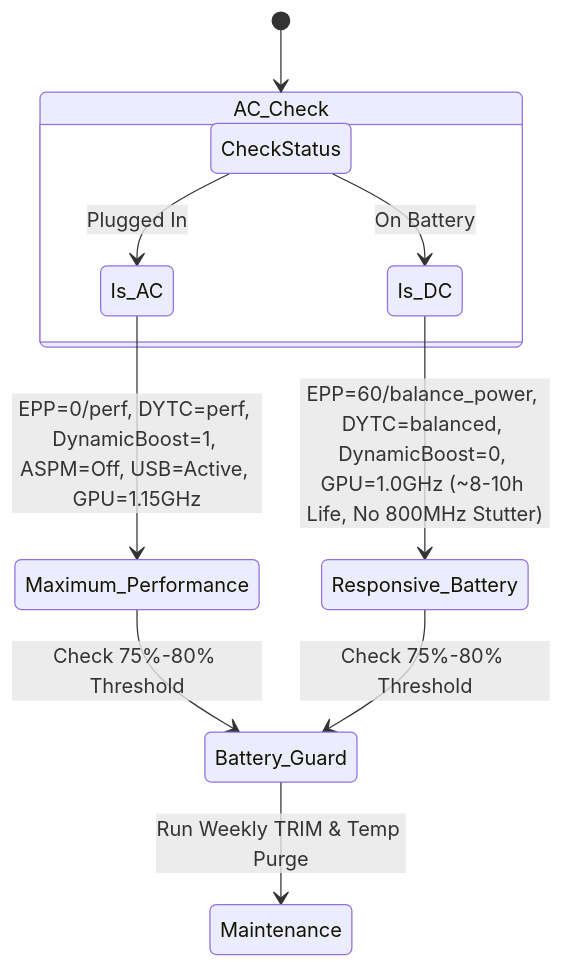
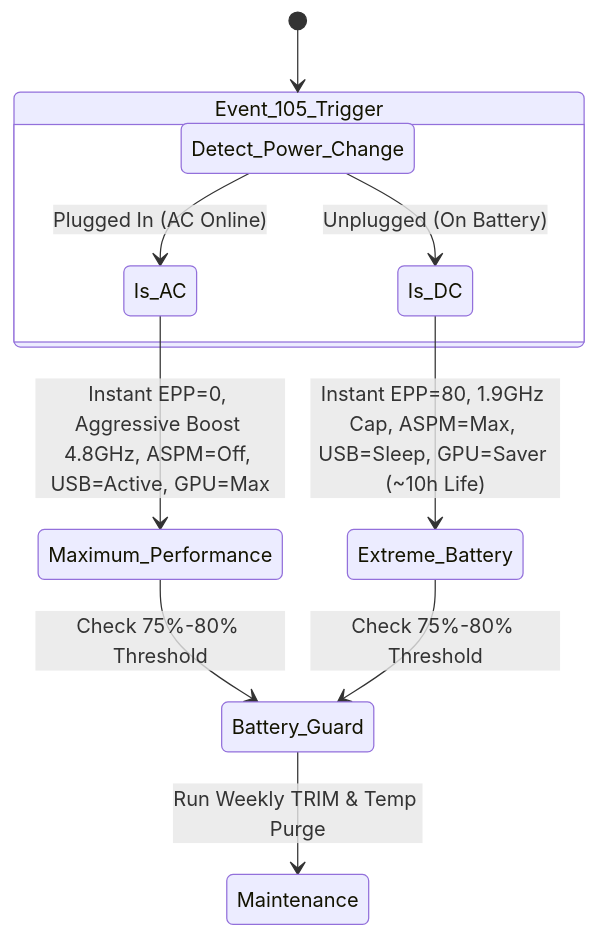
Before and after one commit to ShoumikBalaSomu/Device-Base-Optimization: the second of 2 diagrams in README.md, drawn with Mermaid. The commit also changed other lines of this file, not shown here.

Commit message:
docs: Update central README matrix, flowchart and 21-sector breakdown

````diff
--- a/README.md
+++ b/README.md
@@ -174,14 +156,14 @@
 ```mermaid
 stateDiagram-v2
-    [*] --> AC_Check
-    state AC_Check {
+    [*] --> Event_105_Trigger
+    state Event_105_Trigger {
         direction LR
-        CheckStatus --> Is_AC: Plugged In
-        CheckStatus --> Is_DC: On Battery
+        Detect_Power_Change --> Is_AC: Plugged In (AC Online)
+        Detect_Power_Change --> Is_DC: Unplugged (On Battery)
     }
-    Is_AC --> Maximum_Performance: EPP=0/perf, DYTC=perf, DynamicBoost=1, ASPM=Off, USB=Active, GPU=1.15GHz
-    Is_DC --> Responsive_Battery: EPP=60/balance_power, DYTC=balanced, DynamicBoost=0, GPU=1.0GHz (~8-10h Life, No 800MHz Stutter)
+    Is_AC --> Maximum_Performance: Instant EPP=0, Aggressive Boost 4.8GHz, ASPM=Off, USB=Active, GPU=Max
+    Is_DC --> Extreme_Battery: Instant EPP=80, 1.9GHz Cap, ASPM=Max, USB=Sleep, GPU=Saver (~10h Life)
     Maximum_Performance --> Battery_Guard: Check 75%-80% Threshold
-    Responsive_Battery --> Battery_Guard: Check 75%-80% Threshold
+    Extreme_Battery --> Battery_Guard: Check 75%-80% Threshold
     Battery_Guard --> Maintenance: Run Weekly TRIM & Temp Purge
 ```
````
